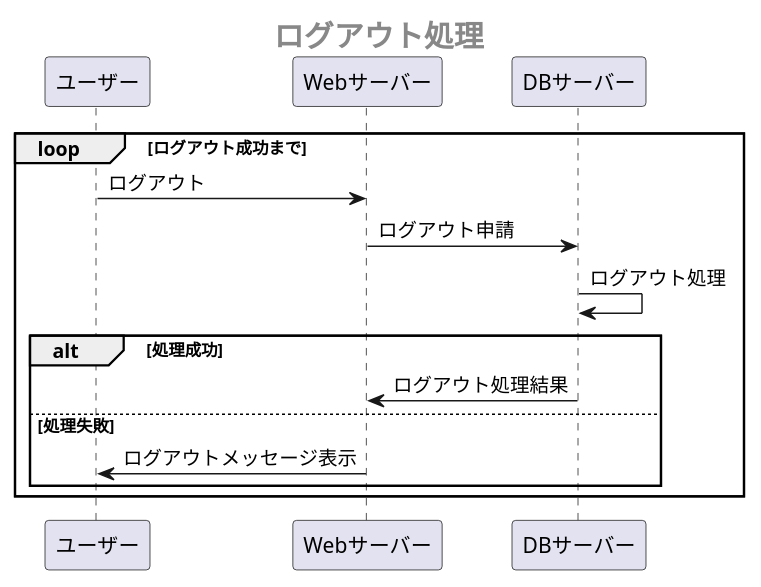
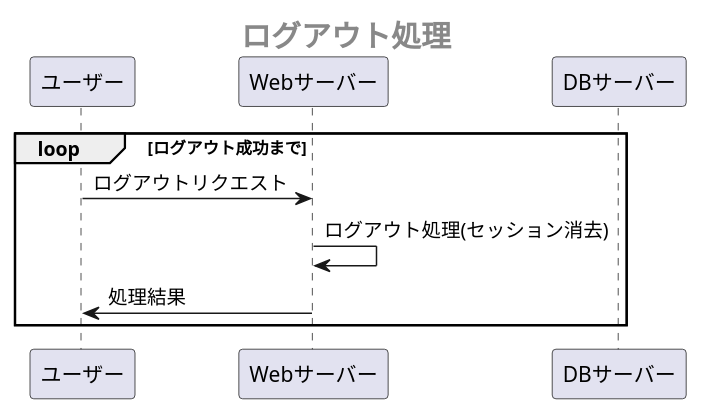
Before and after one commit to Aso2001385/NAISA: the third of 6 diagrams in 設計書/02_業務フロー/2021-12-22BusinessFlow.md, drawn with PlantUML.

````diff
--- a/設計書/02_業務フロー/2021-12-22BusinessFlow.md
+++ b/設計書/02_業務フロー/2021-12-22BusinessFlow.md
@@ -62,15 +62,15 @@
 ```uml
 @startuml
  center header <size:20><b>ログアウト処理</b></size>
+ 
+ participant ユーザー as user
+ participant Webサーバー as web
+ participant DBサーバー as db
+ 
  loop ログアウト成功まで
-  ユーザー -> Webサーバー:ログアウト
-  Webサーバー -> DBサーバー:ログアウト申請
-  DBサーバー -> DBサーバー:ログアウト処理
-  alt 処理成功
-   DBサーバー -> Webサーバー:ログアウト処理結果
-  else 処理失敗
-   Webサーバー ->ユーザー:ログアウトメッセージ表示
-  end
+  user -> web:ログアウトリクエスト
+  web -> web:ログアウト処理(セッション消去)
+  web -> user:処理結果
  end
 @enduml
 ```
````
